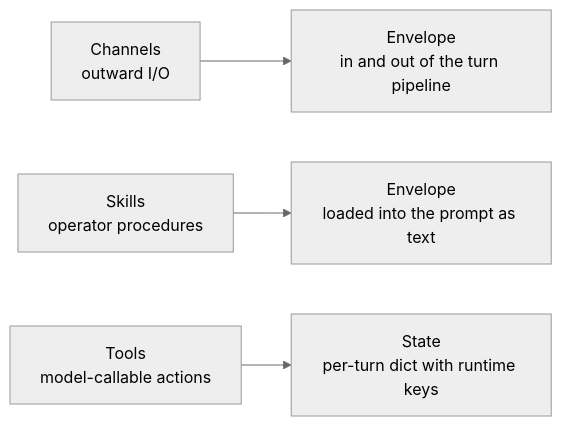
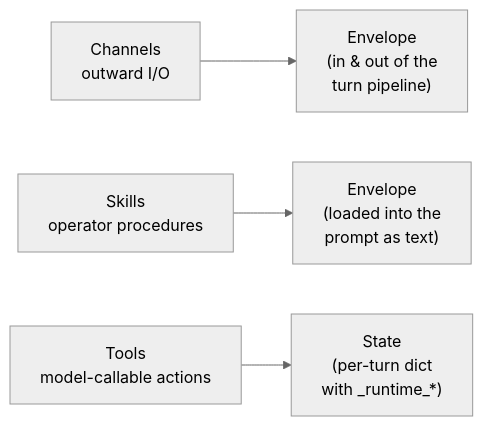
The diagram in website/src/content/docs/docs/concepts/surfaces.mdx (bubbuild/bub), drawn with Mermaid (neutral theme) before and after one commit. The commit also changed 9 other files, not shown here.

````diff
--- a/website/src/content/docs/docs/concepts/surfaces.mdx
+++ b/website/src/content/docs/docs/concepts/surfaces.mdx
@@ -14,6 +14,6 @@
 ```mermaid
 flowchart LR
-  channels["Channels<br/>outward I/O"] --> envelope_io["Envelope<br/>in and out of the turn pipeline"]
-  skills["Skills<br/>operator procedures"] --> envelope_prompt["Envelope<br/>loaded into the prompt as text"]
-  tools["Tools<br/>model-callable actions"] --> state["State<br/>per-turn dict with runtime keys"]
+  channels["Channels<br/>outward I/O"] --> envelope_io["Envelope<br/>(in & out of the<br/>turn pipeline)"]
+  skills["Skills<br/>operator procedures"] --> envelope_prompt["Envelope<br/>(loaded into the<br/>prompt as text)"]
+  tools["Tools<br/>model-callable actions"] --> state["State<br/>(per-turn dict<br/>with _runtime_*)"]
 ```
````
